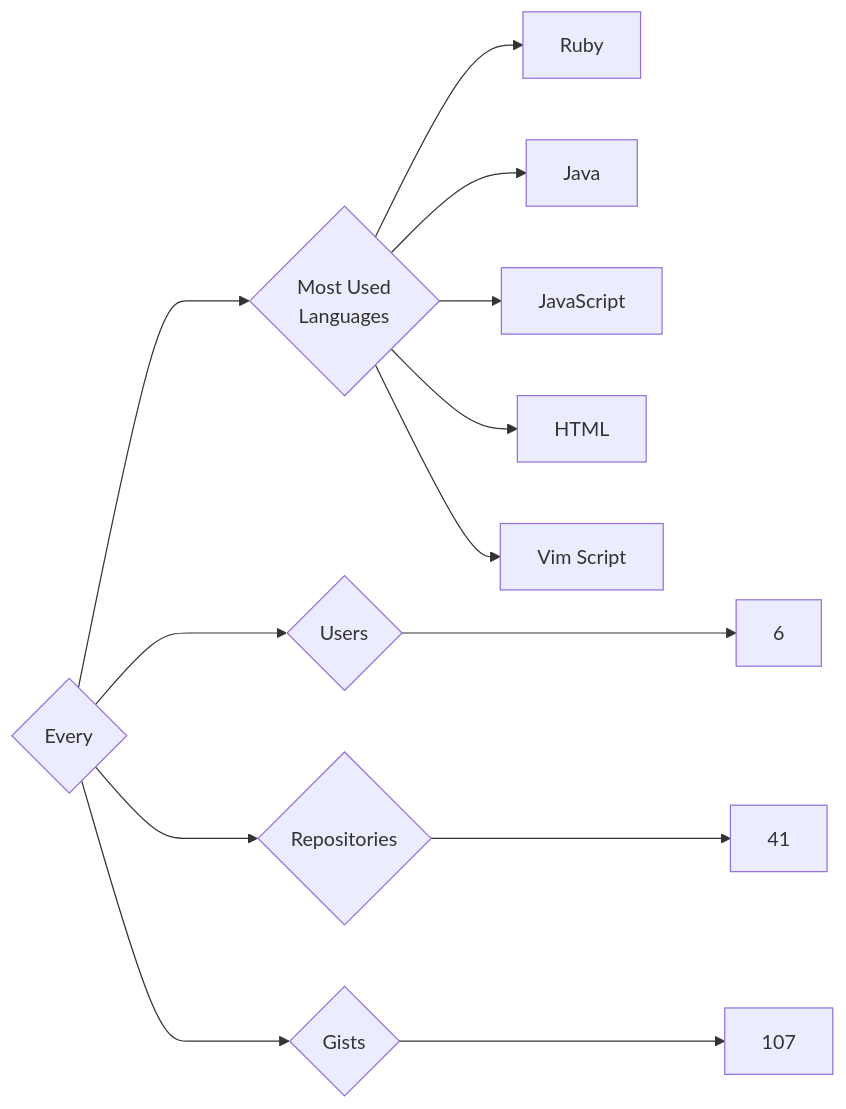
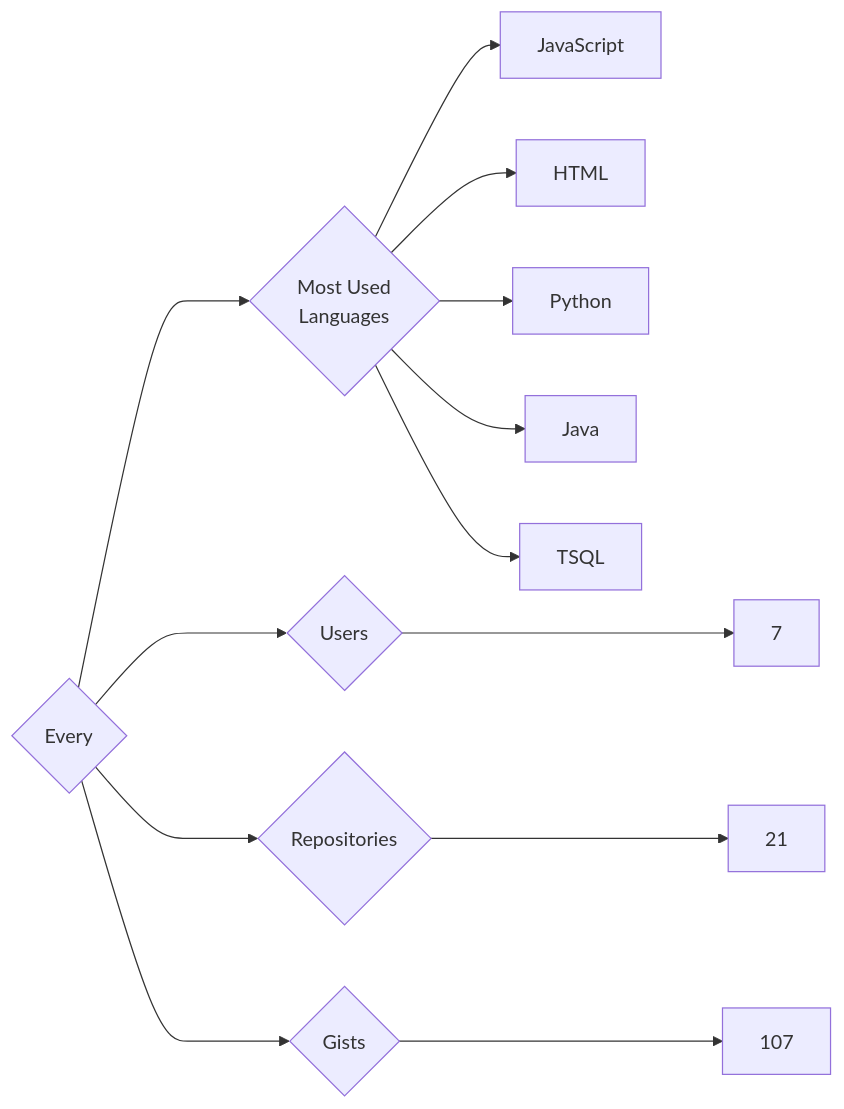
Before and after one commit to trickest/insiders: the diagram in targets/Every/README.md, drawn with Mermaid. The commit also changed 657 other files, not shown here.

````diff
--- a/targets/Every/README.md
+++ b/targets/Every/README.md
@@ -3,13 +3,13 @@
 ```mermaid
 graph LR
 COMPANY_NAME{Every}
-COMPANY_NAME ---> U{Users} ---> UN[6]
-COMPANY_NAME ---> R{Repositories} ---> RN[41]
+COMPANY_NAME ---> U{Users} ---> UN[7]
+COMPANY_NAME ---> R{Repositories} ---> RN[21]
 COMPANY_NAME ---> G{Gists} ---> GN[107]
 COMPANY_NAME ---> ML{Most Used<br>Languages}
-ML --> Ruby[Ruby]
-ML --> Java[Java]
 ML --> JavaScript[JavaScript]
 ML --> HTML[HTML]
-ML --> Vim_Script[Vim Script]
+ML --> Python[Python]
+ML --> Java[Java]
+ML --> TSQL[TSQL]
 ```
````
